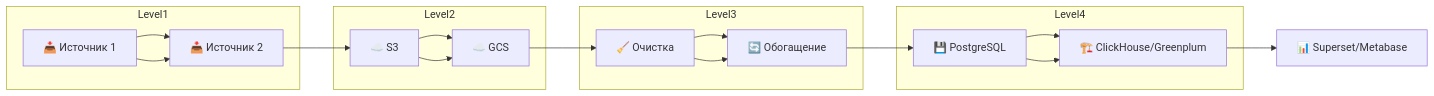
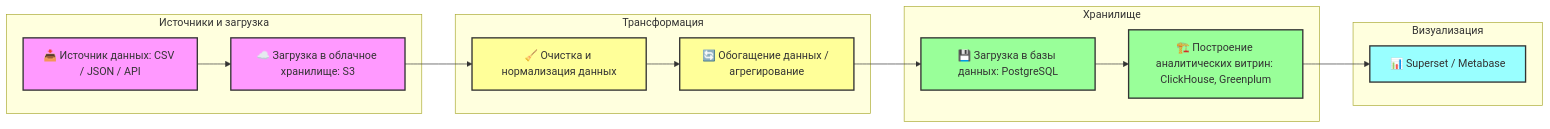
The diagram in README.md (Dia-no-Ace/Dia-no-Ace), drawn with Mermaid before and after one commit.

````diff
--- a/README.md
+++ b/README.md
@@ -29,35 +29,36 @@
 ```mermaid
 flowchart LR
-    %% Уровень 1: Источники данных
-    A1[📥 Источник 1] --> A2[📥 Источник 2]
-    subgraph Level1
-        A1 --> A2
+    %% Первый уровень: источники и загрузка
+    subgraph Источники и загрузка
+        A[📥 Источник данных: CSV / JSON / API] --> B[☁️ Загрузка в облачное хранилище: S3]
     end
 
-    %% Уровень 2: Загрузка в облако
-    B1[☁️ S3] --> B2[☁️ GCS]
-    subgraph Level2
-        B1 --> B2
+    %% Второй уровень: трансформация
+    subgraph Трансформация
+        B --> C[🧹 Очистка и нормализация данных]
+        C --> D[🔄 Обогащение данных / агрегирование]
     end
 
-    %% Уровень 3: Трансформация
-    C1[🧹 Очистка] --> C2[🔄 Обогащение]
-    subgraph Level3
-        C1 --> C2
+    %% Третий уровень: хранилище
+    subgraph Хранилище
+        D --> E[💾 Загрузка в базы данных: PostgreSQL]
+        E --> F[🏗️ Построение аналитических витрин: ClickHouse, Greenplum]
     end
 
-    %% Уровень 4: Хранилище и витрины
-    D1[💾 PostgreSQL] --> D2[🏗️ ClickHouse/Greenplum]
-    subgraph Level4
-        D1 --> D2
+    %% Четвертый уровень: визуализация
+    subgraph Визуализация
+        F --> G[📊 Superset / Metabase]
     end
 
-    %% Уровень 5: Визуализация
-    E[📊 Superset/Metabase]
+    %% Стили
+    classDef source fill:#f9f,stroke:#333,stroke-width:2px;
+    classDef transform fill:#ff9,stroke:#333,stroke-width:2px;
+    classDef storage fill:#9f9,stroke:#333,stroke-width:2px;
+    classDef analytics fill:#9ff,stroke:#333,stroke-width:2px;
 
-    %% Соединяем уровни слева направо
-    A2 --> B1
-    B2 --> C1
-    C2 --> D1
-    D2 --> E
+    class A,B source;
+    class C,D transform;
+    class E,F storage;
+    class G analytics;
+
 ```
````
